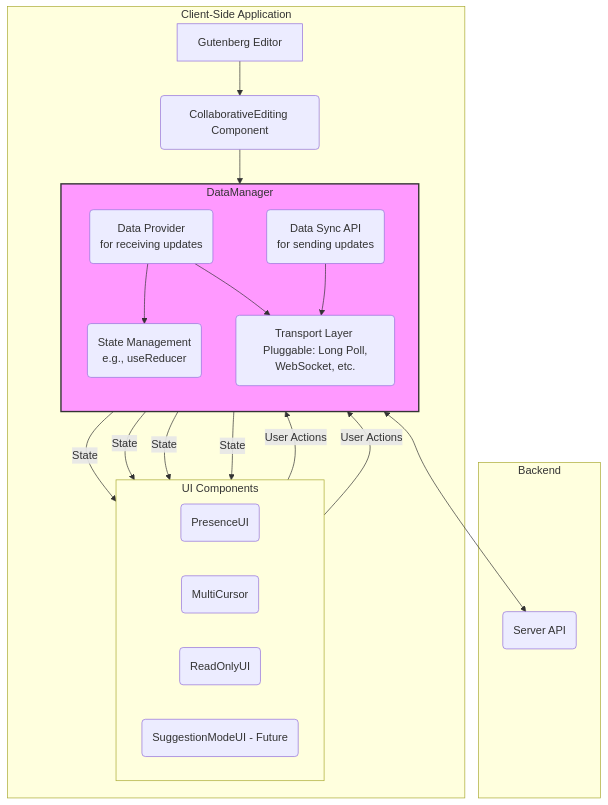
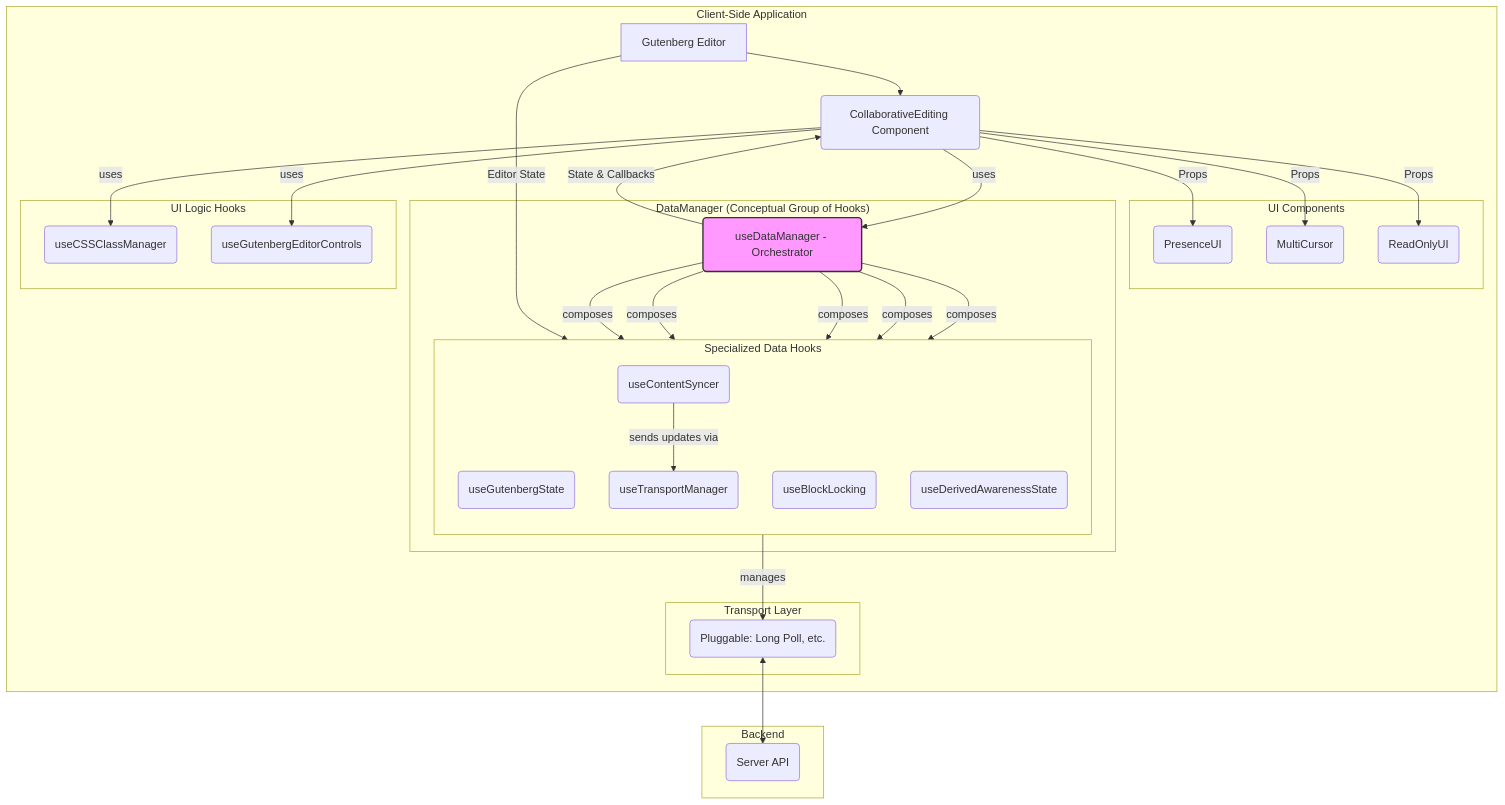
One commit to ashfame/gutenberg-collaborative-editing changed the diagram in architecture.md. Above: the diagram before and after it, drawn with Mermaid.

Commit message:
update diagram

````diff
--- a/architecture.md
+++ b/architecture.md
@@ -34,43 +34,62 @@
 ```mermaid
 graph TD
-    subgraph Client-Side Application
+    subgraph "Client-Side Application"
         A[Gutenberg Editor] --> B(CollaborativeEditing Component);
 
-        subgraph UI Components
-            direction LR
+        subgraph "UI Components"
             C(PresenceUI)
             D(MultiCursor)
             E(ReadOnlyUI)
-            F(SuggestionModeUI - Future)
         end
 
-        subgraph DataManager
-            direction TB
-            G(State Management <br/> e.g., useReducer)
-            H(Data Sync API <br/> for sending updates)
-            I(Data Provider <br/> for receiving updates)
-            J(Transport Layer <br/> Pluggable: Long Poll, WebSocket, etc.)
-
-            I --> G;
-            H --> J;
-            I --> J;
+        subgraph "DataManager (Conceptual Group of Hooks)"
+            UDM(useDataManager - Orchestrator)
+            
+            subgraph "Specialized Data Hooks"
+                direction TB
+                UGS(useGutenbergState)
+                UTM(useTransportManager)
+                UCS(useContentSyncer)
+                UBL(useBlockLocking)
+                UDAS(useDerivedAwarenessState)
+            end
+        end
+        
+        subgraph "UI Logic Hooks"
+             UCCM(useCSSClassManager)
+             UGEC(useGutenbergEditorControls)
+        end
+        
+        subgraph "Transport Layer"
+             J(Pluggable: Long Poll, etc.)
         end
 
-        B --> DataManager;
-        DataManager -- State --> C;
-        DataManager -- State --> D;
-        DataManager -- State --> E;
-        DataManager -- State --> F;
+        B -- "uses" --> UDM;
+        B -- "uses" --> UCCM;
+        B -- "uses" --> UGEC;
+        
+        UDM -- "State & Callbacks" --> B;
 
-        C -- User Actions --> H;
-        D -- User Actions --> H;
+        B -- "Props" --> C;
+        B -- "Props" --> D;
+        B -- "Props" --> E;
+
+        UDM -- "composes" --> UGS;
+        UDM -- "composes" --> UTM;
+        UDM -- "composes" --> UCS;
+        UDM -- "composes" --> UBL;
+        UDM -- "composes" --> UDAS;
+        
+        A -- "Editor State" --> UGS;
+        UCS -- "sends updates via" --> UTM;
+        UTM -- "manages" --> J;
     end
 
     subgraph Backend
         K(Server API)
     end
 
     J <--> K;
 
-    style DataManager fill:#f9f,stroke:#333,stroke-width:2px
+    style UDM fill:#f9f,stroke:#333,stroke-width:2px
 ```
````
